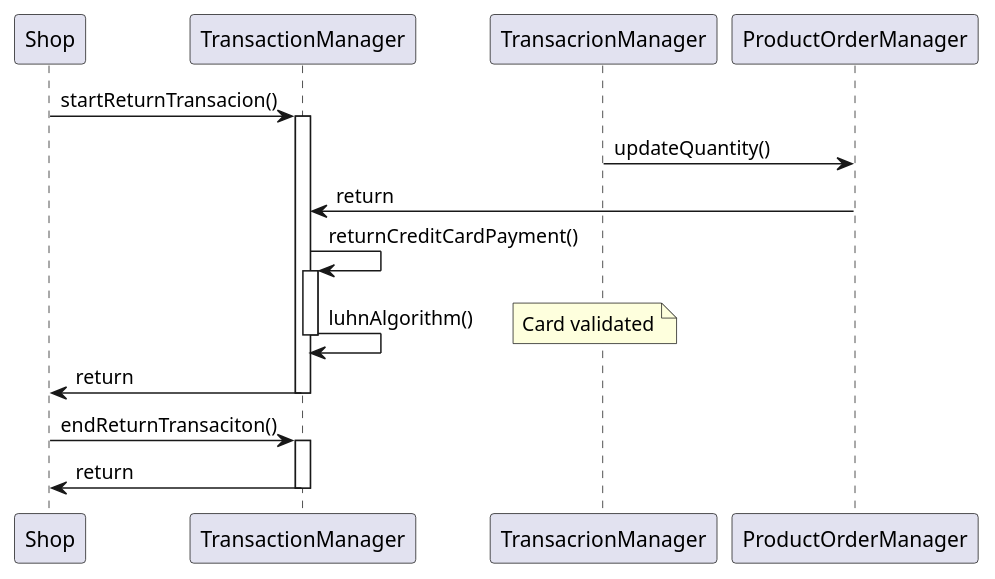
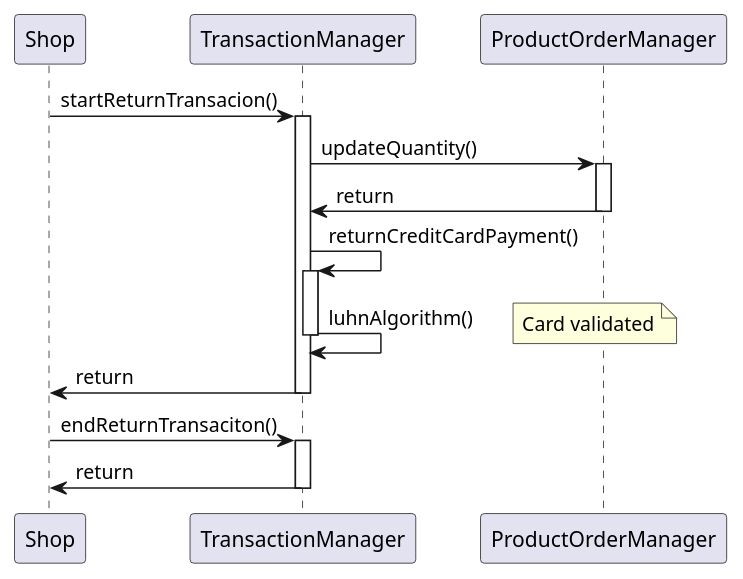
One commit to nicolabattaglino/ezshop changed the fourth of 5 diagrams in Deliverables/DesignDocument.md. Above: the diagram before and after it, drawn with PlantUML.

````diff
--- a/Deliverables/DesignDocument.md
+++ b/Deliverables/DesignDocument.md
@@ -486,19 +486,21 @@
 ```plantuml
 @startuml
 Shop -> TransactionManager: startReturnTransacion()
 activate TransactionManager
-TransacrionManager -> ProductOrderManager: updateQuantity()
+TransactionManager -> ProductOrderManager: updateQuantity()
+activate ProductOrderManager
 ProductOrderManager -> TransactionManager: return
+deactivate ProductOrderManager
 TransactionManager -> TransactionManager:returnCreditCardPayment()
 activate TransactionManager
 TransactionManager -> TransactionManager: luhnAlgorithm()
 note right: Card validated
 deactivate TransactionManager 
 TransactionManager  -> Shop: return
 deactivate TransactionManager 
 Shop -> TransactionManager: endReturnTransaciton()
 activate TransactionManager
 TransactionManager -> Shop:return 
 deactivate TransactionManager 
 @enduml
 ```
````
